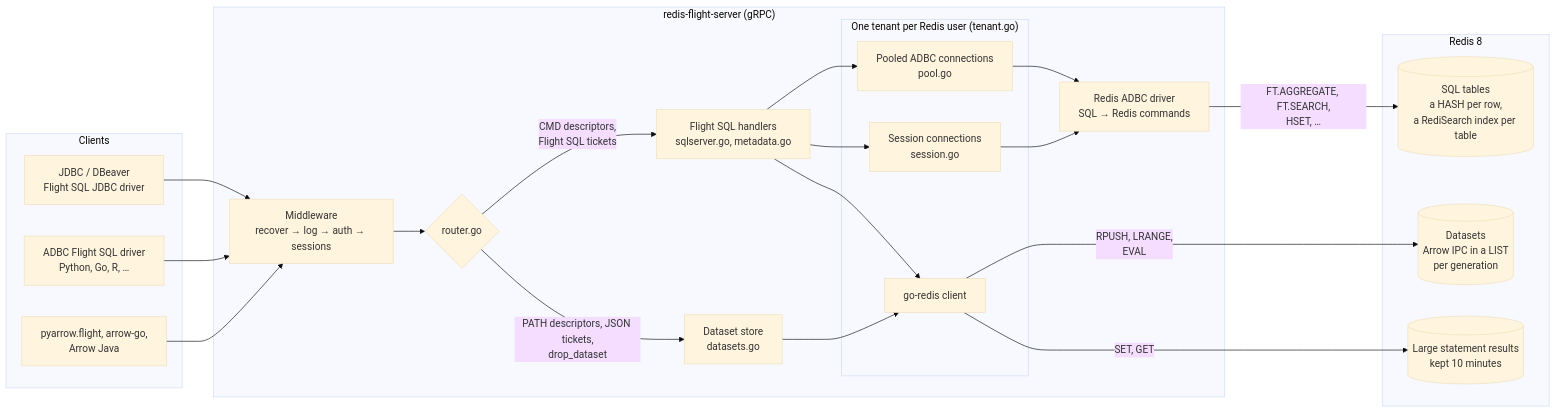
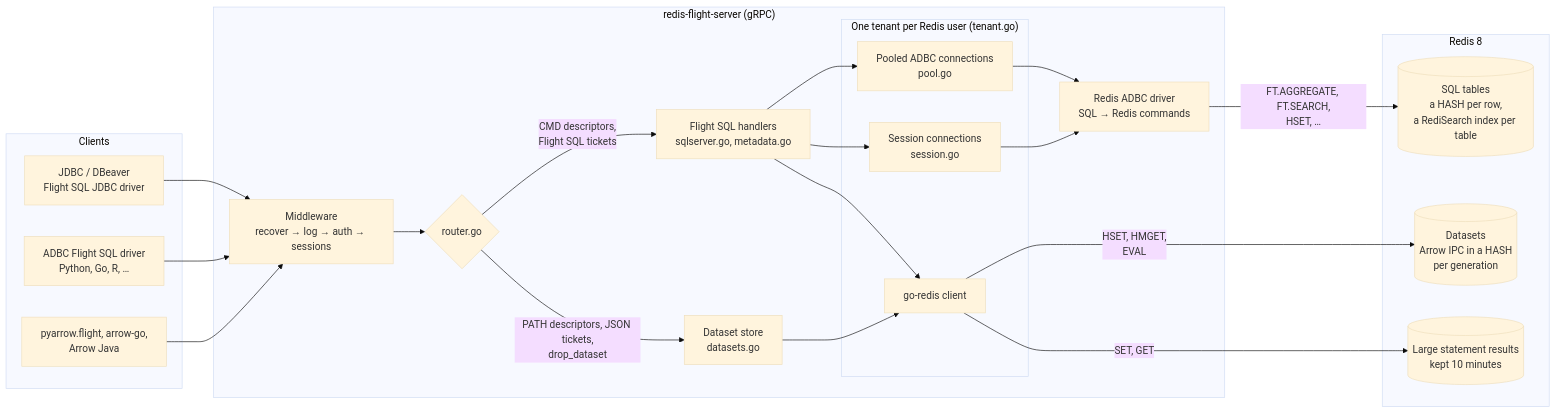
Before and after one commit to redis/redis-apache-arrow-flight: the first of 5 diagrams in README.md, drawn with Mermaid (base theme). The commit also changed other lines of this file and 5 other files, not shown here.

````diff
--- a/README.md
+++ b/README.md
@@ -43,43 +43,43 @@
 ```mermaid
 flowchart LR
     subgraph clients["Clients"]
         jdbc["JDBC / DBeaver<br/>Flight SQL JDBC driver"]
         adbc["ADBC Flight SQL driver<br/>Python, Go, R, …"]
         fl["pyarrow.flight, arrow-go,<br/>Arrow Java"]
     end
 
     subgraph server["redis-flight-server (gRPC)"]
         mw["Middleware<br/>recover → log → auth → sessions"]
         router{"router.go"}
         sql["Flight SQL handlers<br/>sqlserver.go, metadata.go"]
         ds["Dataset store<br/>datasets.go"]
         subgraph tenant["One tenant per Redis user (tenant.go)"]
             pool["Pooled ADBC connections<br/>pool.go"]
             sess["Session connections<br/>session.go"]
             gr["go-redis client"]
         end
         drv["Redis ADBC driver<br/>SQL → Redis commands"]
     end
 
     subgraph redis["Redis 8"]
         tables[("SQL tables<br/>a HASH per row,<br/>a RediSearch index per table")]
-        dsk[("Datasets<br/>Arrow IPC in a LIST<br/>per generation")]
+        dsk[("Datasets<br/>Arrow IPC in a HASH<br/>per generation")]
         res[("Large statement results<br/>kept 10 minutes")]
     end
 
     jdbc --> mw
     adbc --> mw
     fl --> mw
     mw --> router
     router -- "CMD descriptors,<br/>Flight SQL tickets" --> sql
     router -- "PATH descriptors, JSON tickets,<br/>drop_dataset" --> ds
     sql --> pool
     sql --> sess
     pool --> drv
     sess --> drv
     drv -- "FT.AGGREGATE, FT.SEARCH,<br/>HSET, …" --> tables
     sql --> gr
     ds --> gr
-    gr -- "RPUSH, LRANGE,<br/>EVAL" --> dsk
+    gr -- "HSET, HMGET,<br/>EVAL" --> dsk
     gr -- "SET, GET" --> res
 ```
````
